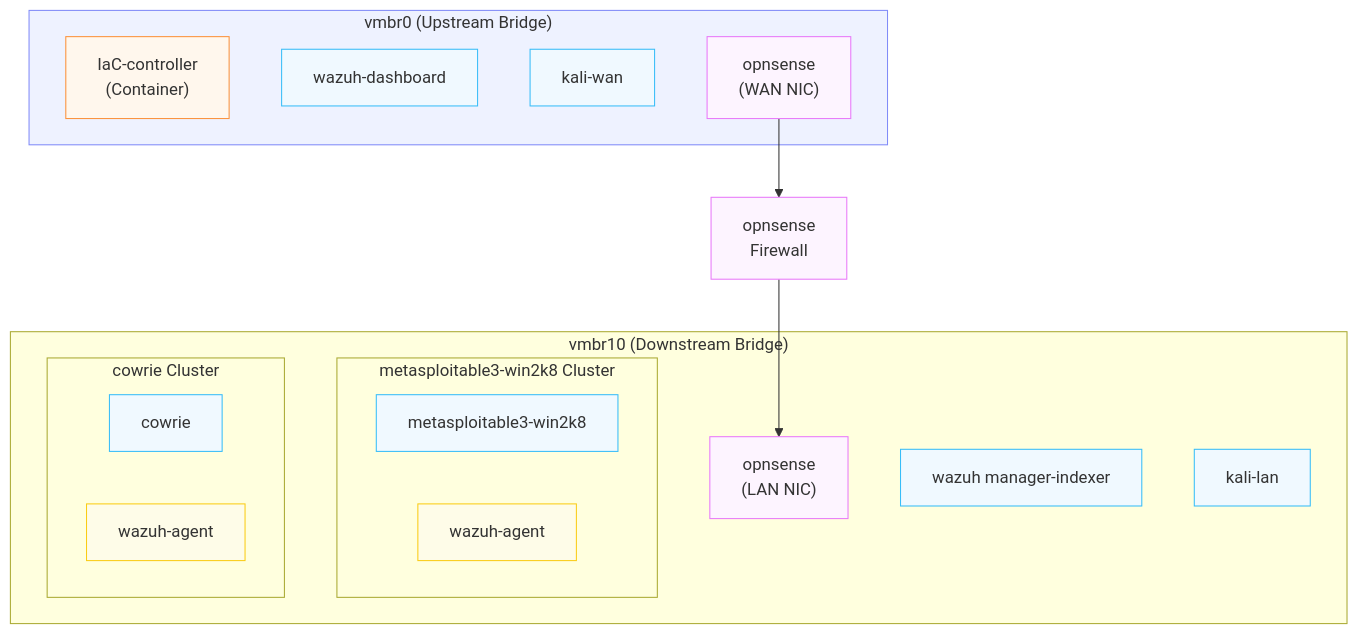
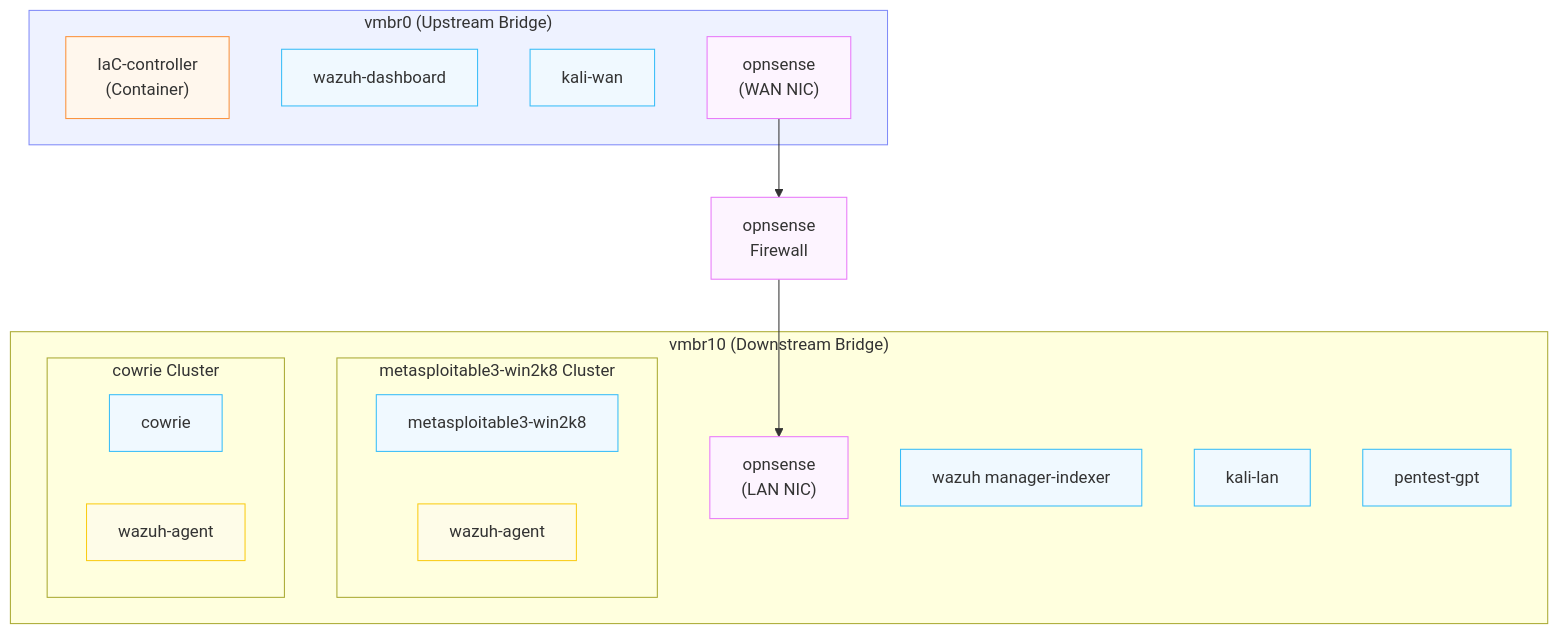
The diagram in README.md (jwklein/V-SOC), drawn with Mermaid before and after one commit. The commit also changed other lines of this file and 3 other files, not shown here.

````diff
--- a/README.md
+++ b/README.md
@@ -2,51 +8,53 @@
 ```mermaid
 ---
 config:
   layout: fixed
 ---
 flowchart TB
  subgraph vmbr0["vmbr0 (Upstream Bridge)"]
         IaCcontroller["IaC-controller<br>(Container)"]
         wazuhdashboard["wazuh-dashboard"]
         kaliwander["kali-wan"]
         opnsenseupstream["opnsense<br>(WAN NIC)"]
   end
  subgraph metasploitable3_grp["metasploitable3-win2k8 Cluster"]
         metasploitable3win["metasploitable3-win2k8"]
         wazuhagent1["wazuh-agent"]
   end
  subgraph cowrie_grp["cowrie Cluster"]
         cowrie["cowrie"]
         wazuhagent2["wazuh-agent"]
   end
  subgraph vmbr10["vmbr10 (Downstream Bridge)"]
         opnsensedownstream["opnsense<br>(LAN NIC)"]
         wazuhmanager["wazuh manager-indexer"]
         kaluran["kali-lan"]
+        pentest["pentest-gpt"]
         metasploitable3_grp
         cowrie_grp
   end
     opnsenseupstream --> n1["opnsense<br>Firewall"]
     n1 --> opnsensedownstream
 
     n1@{ shape: rect}
      IaCcontroller:::container
      wazuhdashboard:::host
      kaliwander:::host
      opnsenseupstream:::firewall
      metasploitable3win:::host
      wazuhagent1:::agent
+     pentest:::host
      cowrie:::host
      wazuhagent2:::agent
      opnsensedownstream:::firewall
      wazuhmanager:::host
      kaluran:::host
      n1:::firewall
      vmbr0:::upstream
     classDef upstream fill:#eef2ff,stroke:#818cf8
     classDef downstream fill:#f0fdfa,stroke:#2dd4bf
     classDef container fill:#fff7ed,stroke:#fb923c
     classDef firewall fill:#fdf4ff,stroke:#e879f9
     classDef host fill:#f0f9ff,stroke:#38bdf8
     classDef agent fill:#fefce8,stroke:#facc15
 ```
````
